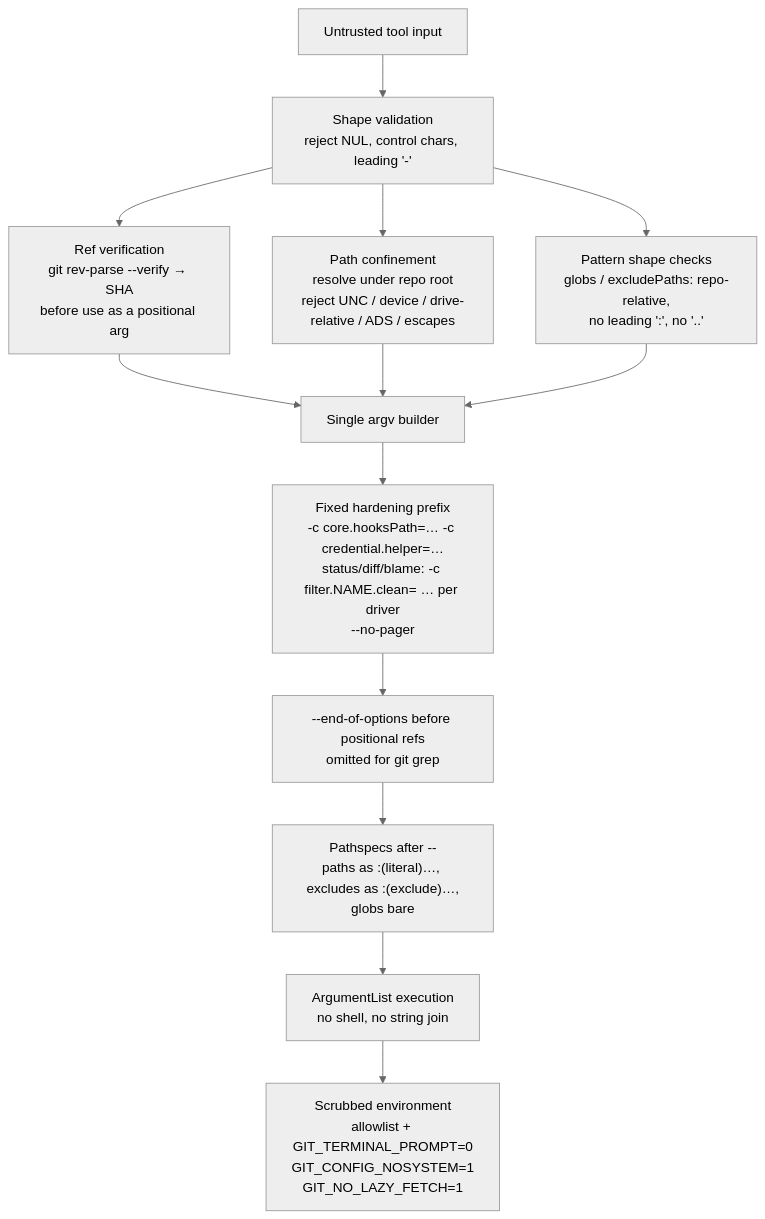
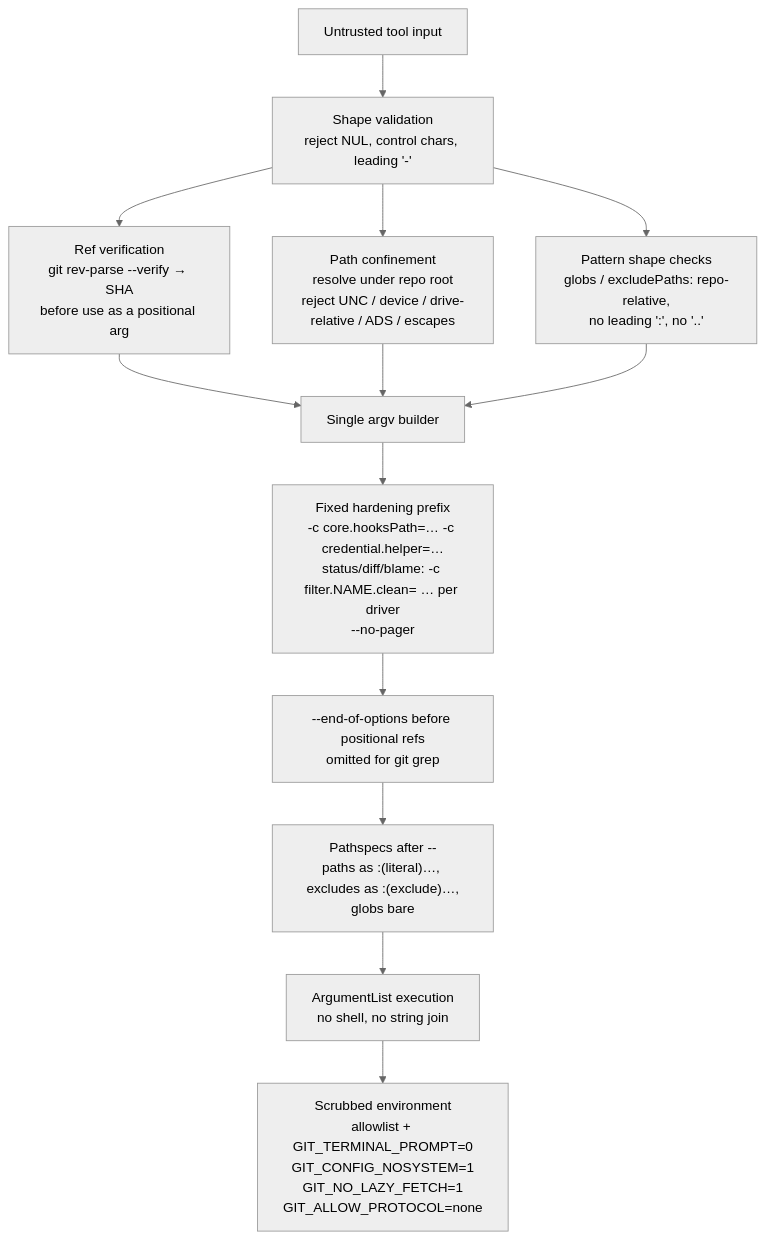
Diagram 14 of 14 in src/RaccoonNinja.McpToolset.Server.GitOps/README.md (brenordv/mcp-toolset), drawn with Mermaid (neutral theme) before and after one commit. The commit also changed other lines of this file and 7 other files, not shown here.

First line of the commit message:
**Prevent lazy fetches by enforcing `GIT_ALLOW_PROTOCOL=none` and disabling `fetch.bundleURI`**

````diff
--- a/src/RaccoonNinja.McpToolset.Server.GitOps/README.md
+++ b/src/RaccoonNinja.McpToolset.Server.GitOps/README.md
@@ -545,15 +545,15 @@
 ```mermaid
 flowchart TD
     A[Untrusted tool input] --> B[Shape validation<br/>reject NUL, control chars, leading '-']
     B --> C[Ref verification<br/>git rev-parse --verify → SHA<br/>before use as a positional arg]
     B --> D[Path confinement<br/>resolve under repo root<br/>reject UNC / device / drive-relative / ADS / escapes]
     B --> P["Pattern shape checks<br/>globs / excludePaths: repo-relative,<br/>no leading ':', no '..'"]
     C --> E[Single argv builder]
     D --> E
     P --> E
     E --> F[Fixed hardening prefix<br/>-c core.hooksPath=… -c credential.helper=…<br/>status/diff/blame: -c filter.NAME.clean= … per driver<br/>--no-pager]
     F --> G[--end-of-options before positional refs<br/>omitted for git grep]
     G --> S["Pathspecs after --<br/>paths as :(literal)…, excludes as :(exclude)…,<br/>globs bare"]
     S --> H[ArgumentList execution<br/>no shell, no string join]
-    H --> I[Scrubbed environment<br/>allowlist + GIT_TERMINAL_PROMPT=0<br/>GIT_CONFIG_NOSYSTEM=1<br/>GIT_NO_LAZY_FETCH=1]
+    H --> I[Scrubbed environment<br/>allowlist + GIT_TERMINAL_PROMPT=0<br/>GIT_CONFIG_NOSYSTEM=1<br/>GIT_NO_LAZY_FETCH=1<br/>GIT_ALLOW_PROTOCOL=none]
 ```
````
